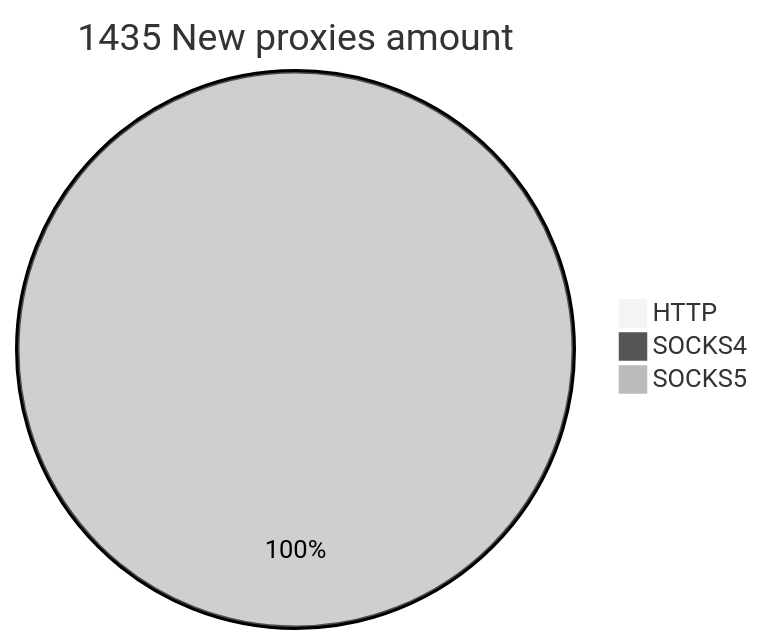
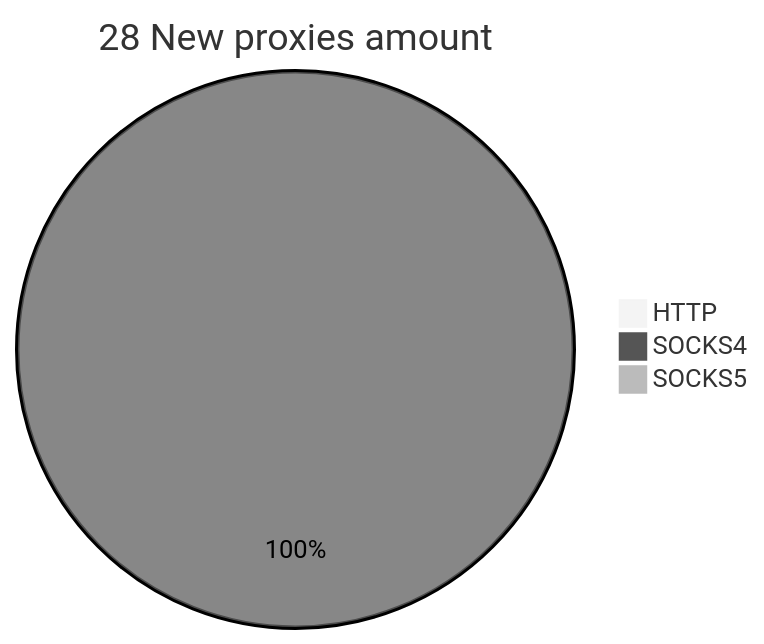
The second of 2 diagrams in README.md (cutipu/proxylist), drawn with Mermaid (neutral theme) before and after one commit. The commit also changed other lines of this file, not shown here.

````diff
--- a/README.md
+++ b/README.md
@@ -10,6 +10,6 @@
 ```mermaid
-pie title 1435 New proxies amount
-    "HTTP" : 3
-    "SOCKS4" : 2
-    "SOCKS5" : 1430
+pie title 28 New proxies amount
+    "HTTP" : 0
+    "SOCKS4" : 95
+    "SOCKS5" : 0
 ```
````
